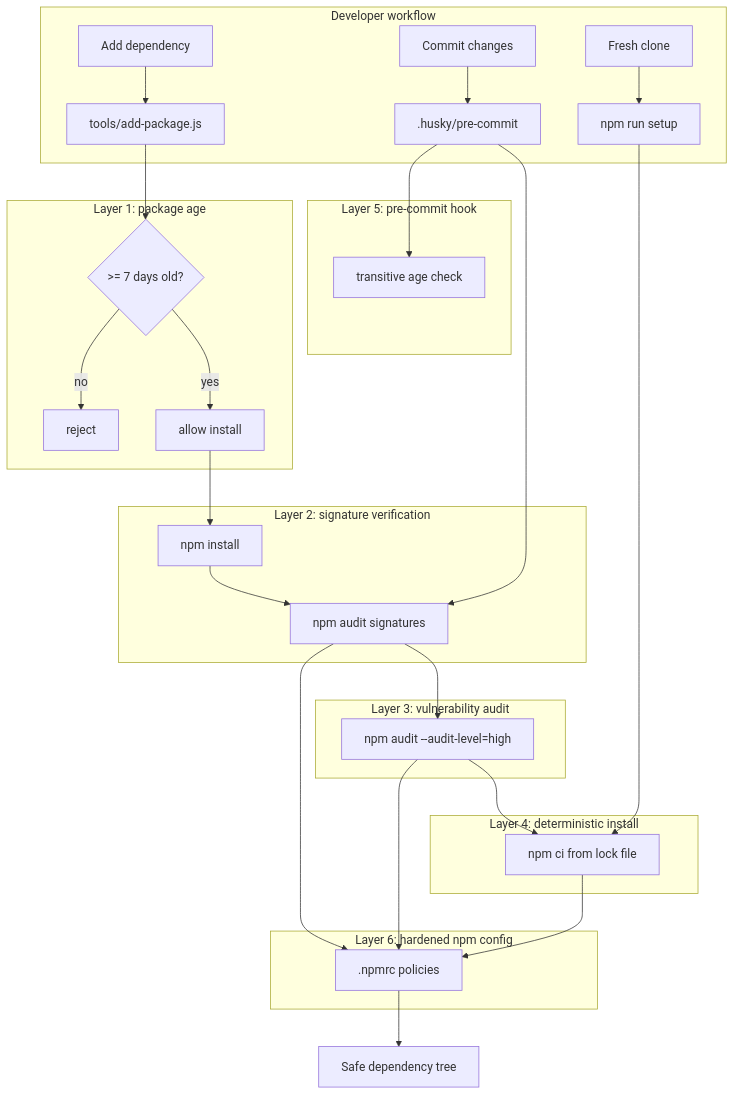
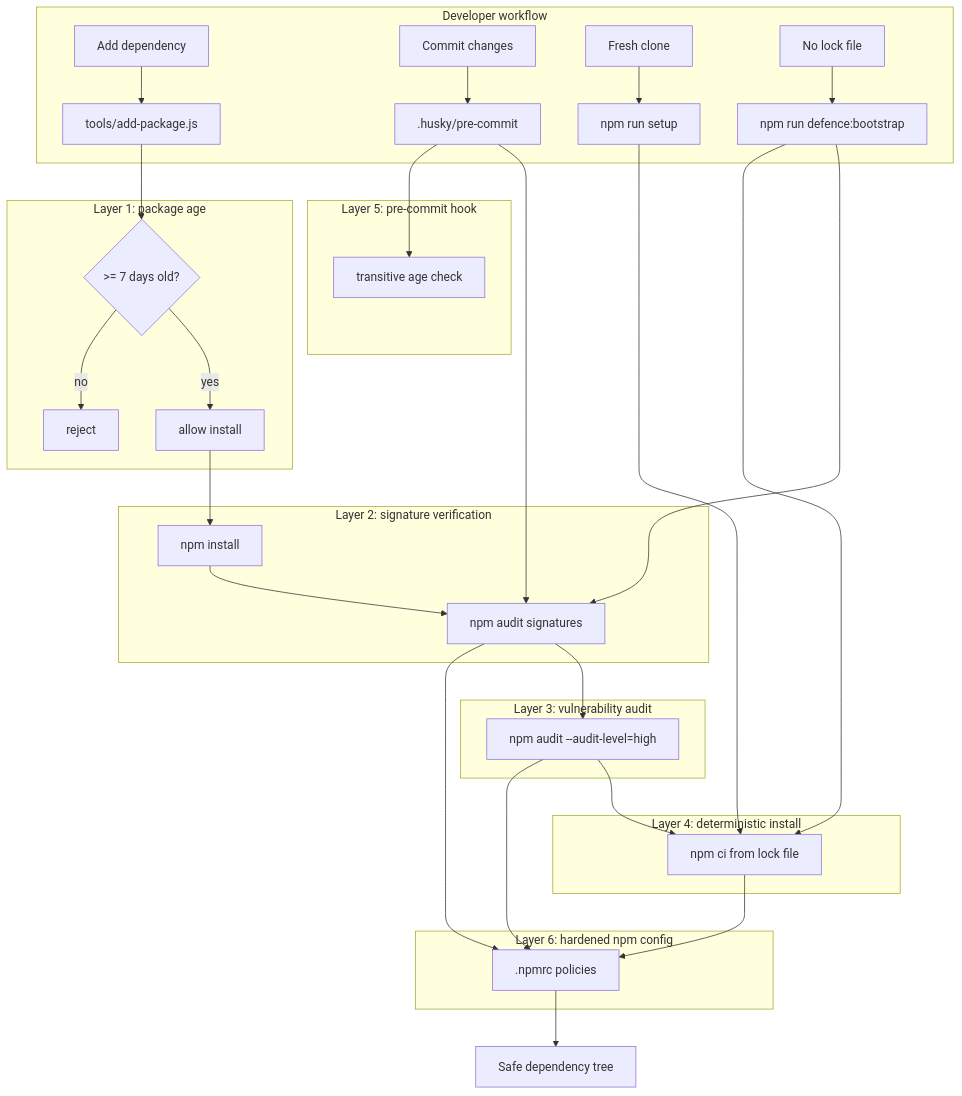
The diagram in docs/en/security/index.md (adrianoenache/learn-supply-chain-attack-defence), drawn with Mermaid before and after one commit. The commit also changed 24 other files, not shown here.

````diff
--- a/docs/en/security/index.md
+++ b/docs/en/security/index.md
@@ -7,42 +7,45 @@
 ```mermaid
 flowchart TD
     subgraph Developer["Developer workflow"]
         A[Add dependency] --> B[tools/add-package.js]
         C[Commit changes] --> D[.husky/pre-commit]
         E[Fresh clone] --> F[npm run setup]
+        Z[No lock file] --> Y[npm run defence:bootstrap]
     end
 
     subgraph Layer1["Layer 1: package age"]
         B --> G{>= 7 days old?}
         G -->|yes| H[allow install]
         G -->|no| I[reject]
     end
 
     H --> J[npm install]
 
     subgraph Layer2["Layer 2: signature verification"]
         J --> K[npm audit signatures]
+        Y --> K
     end
 
     subgraph Layer3["Layer 3: vulnerability audit"]
         K --> L[npm audit --audit-level=high]
     end
 
     subgraph Layer4["Layer 4: deterministic install"]
         F --> M[npm ci from lock file]
         L --> M
+        Y --> M
     end
 
     subgraph Layer5["Layer 5: pre-commit hook"]
         D --> K
         D --> N[transitive age check]
     end
 
     subgraph Layer6["Layer 6: hardened npm config"]
         M --> O[.npmrc policies]
         K --> O
         L --> O
     end
 
     O --> P[Safe dependency tree]
 ```
````
